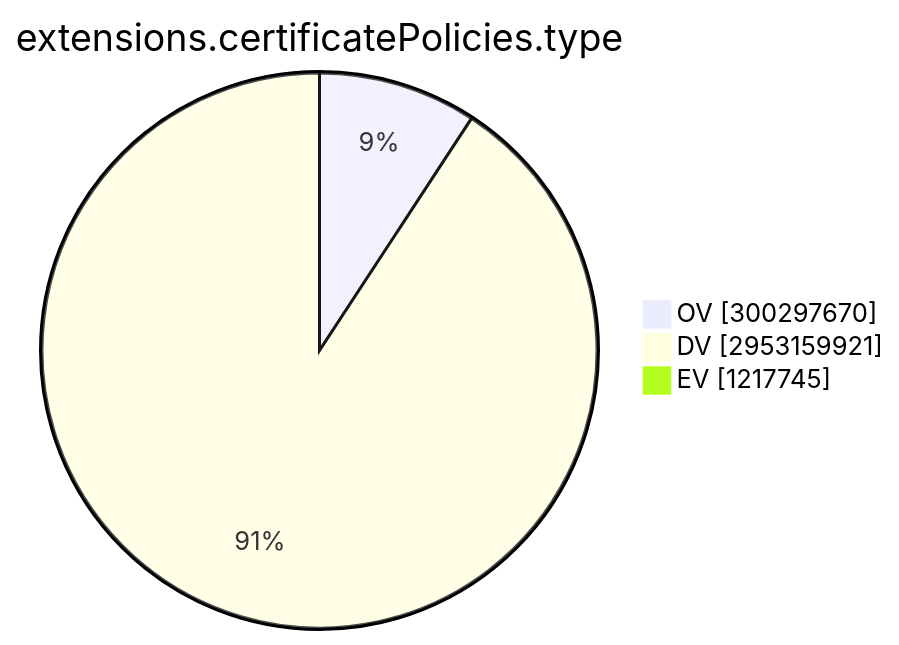
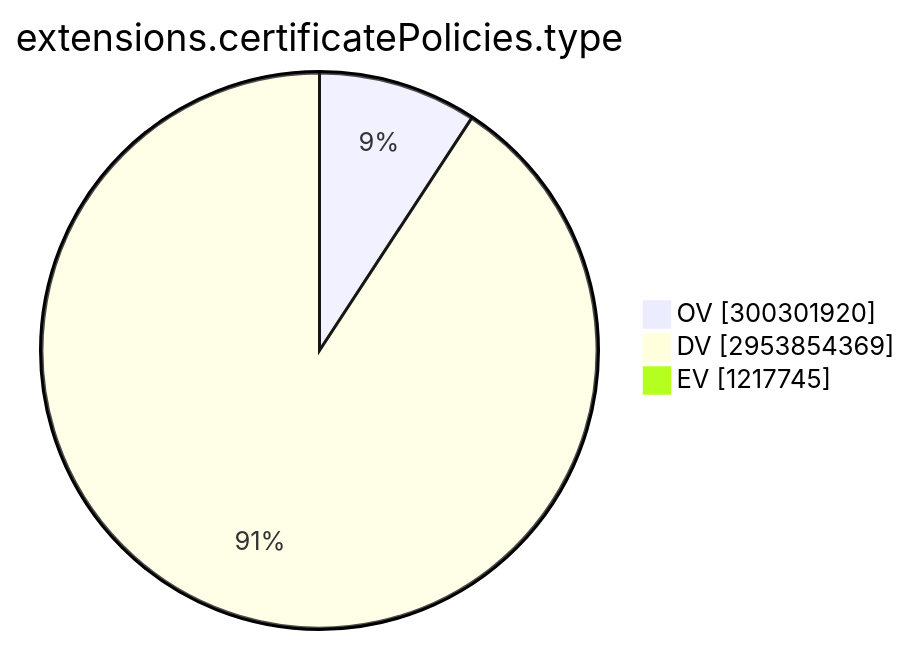
Before and after one commit to christiankrug/ctmonitor_visualization: the ninth of 15 diagrams in TOTAL/README.md, drawn with Mermaid. The commit also changed other lines of this file, not shown here.

````diff
--- a/TOTAL/README.md
+++ b/TOTAL/README.md
@@ -3101,7 +3101,7 @@
 ```mermaid
 pie showData
 title extensions.certificatePolicies.type
-"OV" :300297670
-"DV" :2953159921
+"OV" :300301920
+"DV" :2953854369
 "EV" :1217745
 ```
````
